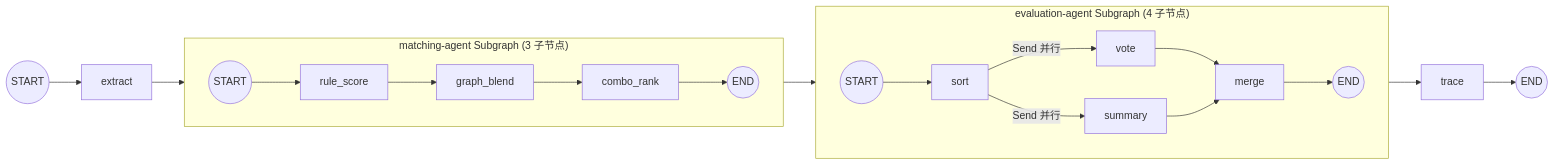
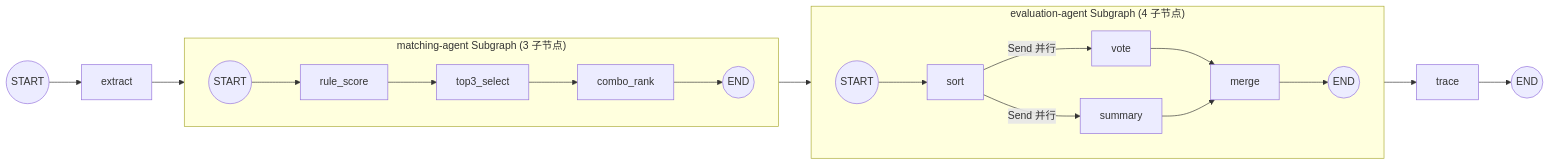
One commit to zbhzbhzbh11/architecture-assistant changed the third of 5 diagrams in docs/02-架构设计文档.md. Above: the diagram before and after it, drawn with Mermaid. The commit also changed other lines of this file and 55 other files, not shown here.

````diff
--- a/docs/02-架构设计文档.md
+++ b/docs/02-架构设计文档.md
@@ -307,26 +326,26 @@
 ```mermaid
 graph LR
     S((START)) --> extract
     extract --> match_subgraph
     match_subgraph --> evaluate_subgraph
     evaluate_subgraph --> trace
     trace --> E((END))
 
     subgraph match_subgraph["matching-agent Subgraph (3 子节点)"]
         direction LR
         MS((START)) --> rule_score
-        rule_score --> graph_blend
-        graph_blend --> combo_rank
+        rule_score --> top3_select
+        top3_select --> combo_rank
         combo_rank --> ME((END))
     end
 
     subgraph evaluate_subgraph["evaluation-agent Subgraph (4 子节点)"]
         direction LR
         ES((START)) --> sort
         sort -->|Send 并行| vote
         sort -->|Send 并行| summary
         vote --> merge
         summary --> merge
         merge --> EE((END))
     end
 ```
````
